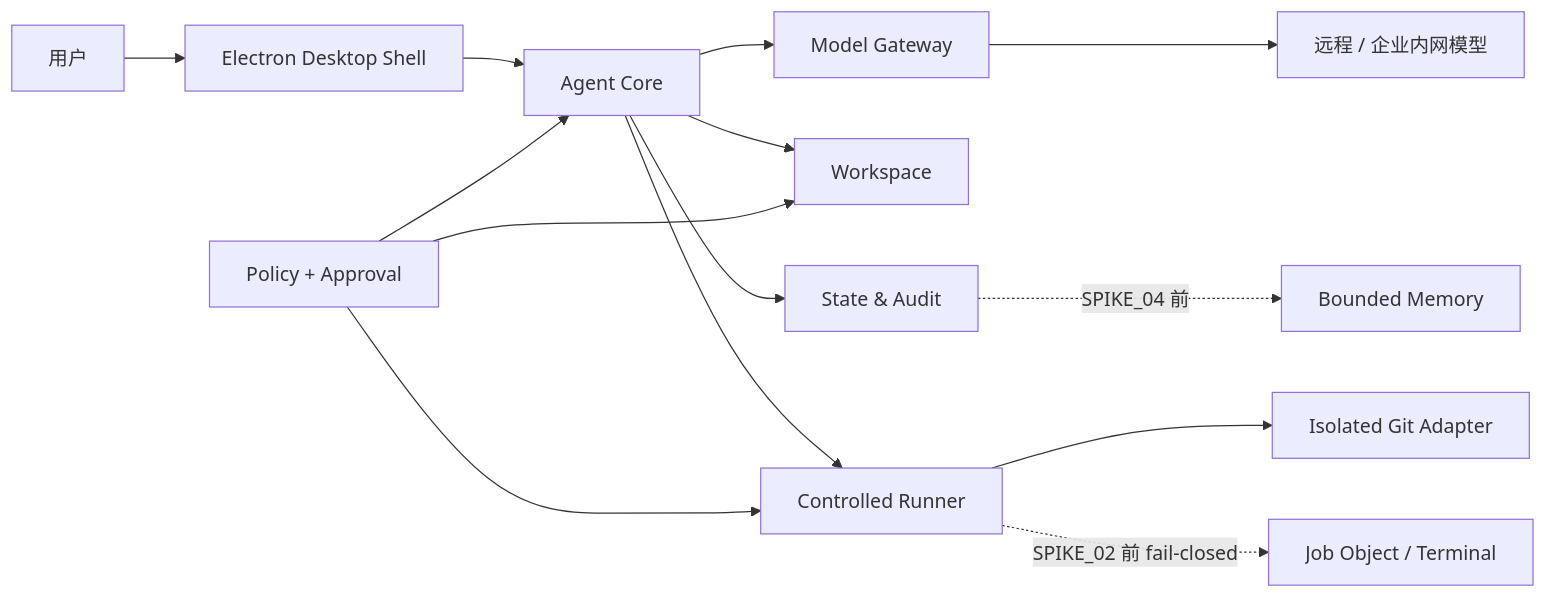
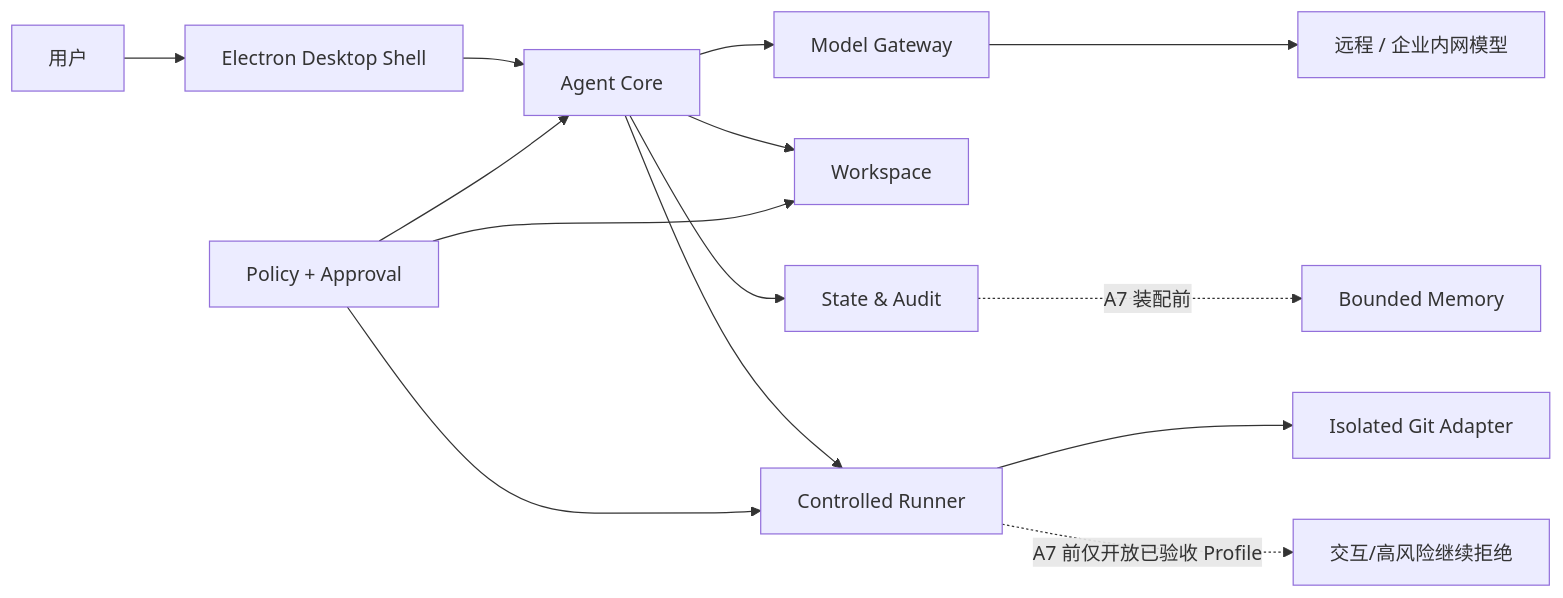
Before and after one commit to allin2/win7-coding-Agent: the diagram in README.md, drawn with Mermaid. The commit also changed other lines of this file and 7 other files, not shown here.

````diff
--- a/README.md
+++ b/README.md
@@ -72,18 +77,18 @@
 ```mermaid
 flowchart LR
     User["用户"] --> Shell["Electron Desktop Shell"]
     Shell --> Core["Agent Core"]
     Core --> Gateway["Model Gateway"]
     Gateway --> Model["远程 / 企业内网模型"]
     Core --> Workspace["Workspace"]
     Core --> State["State & Audit"]
     Core --> Runner["Controlled Runner"]
     Runner --> Git["Isolated Git Adapter"]
 
     Policy["Policy + Approval"] --> Core
     Policy --> Workspace
     Policy --> Runner
 
-    Runner -. "SPIKE_02 前 fail-closed" .-> Blocked1["Job Object / Terminal"]
-    State -. "SPIKE_04 前" .-> Memory["Bounded Memory"]
+    Runner -. "A7 前仅开放已验收 Profile" .-> Blocked1["交互/高风险继续拒绝"]
+    State -. "A7 装配前" .-> Memory["Bounded Memory"]
 ```
````
